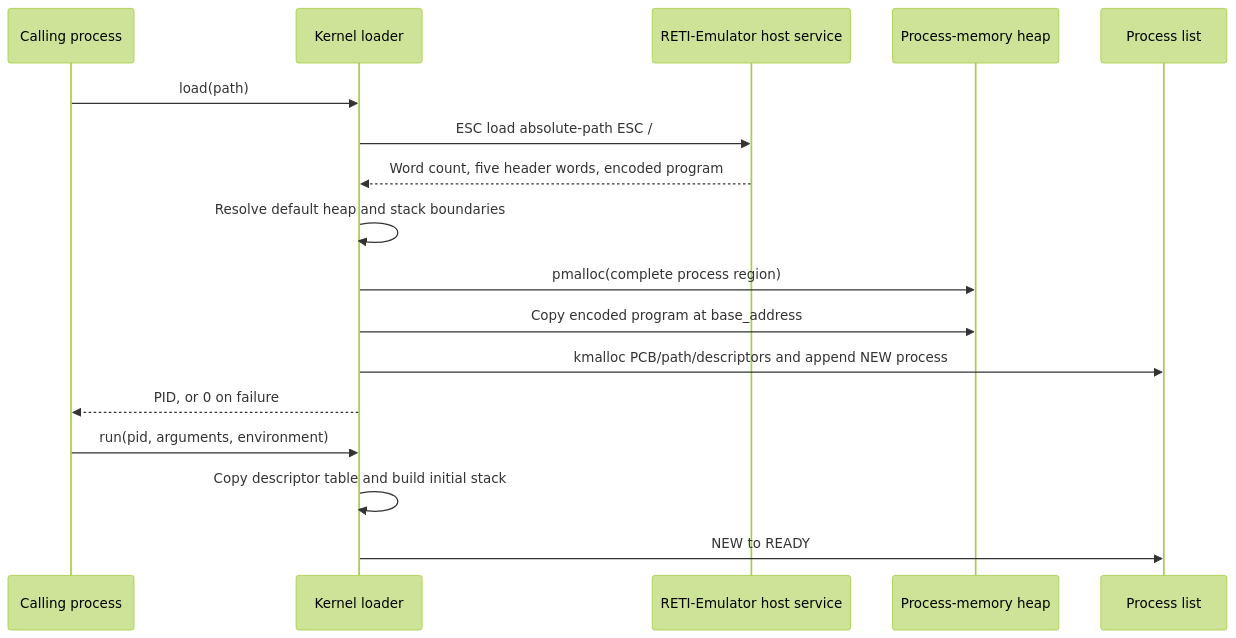
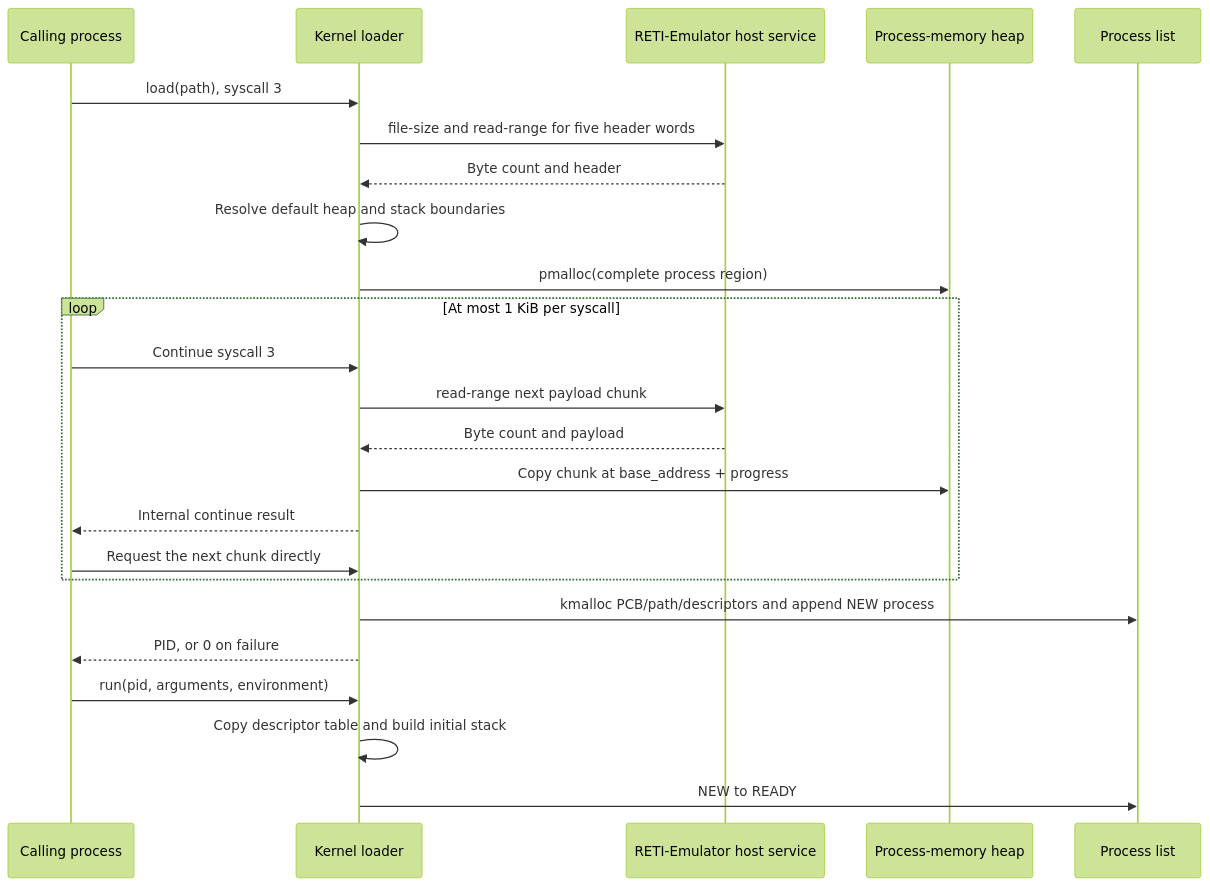
The seventh of 24 diagrams in README.md (matthejue/Pico-OS), drawn with Mermaid (forest theme) before and after one commit. The commit also changed other lines of this file and 32 other files, not shown here.

````diff
--- a/README.md
+++ b/README.md
@@ -1177,20 +1203,27 @@
 ```mermaid
 sequenceDiagram
     participant C as Calling process
     participant K as Kernel loader
     participant H as RETI-Emulator host service
     participant PM as Process-memory heap
     participant PT as Process list
 
-    C->>K: load(path)
-    K->>H: ESC load absolute-path ESC /
-    H-->>K: Word count, five header words, encoded program
+    C->>K: load(path), syscall 3
+    K->>H: file-size and read-range for five header words
+    H-->>K: Byte count and header
     K->>K: Resolve default heap and stack boundaries
     K->>PM: pmalloc(complete process region)
-    K->>PM: Copy encoded program at base_address
+    loop At most 1 KiB per syscall
+        C->>K: Continue syscall 3
+        K->>H: read-range next payload chunk
+        H-->>K: Byte count and payload
+        K->>PM: Copy chunk at base_address + progress
+        K-->>C: Internal continue result
+        C->>K: Request the next chunk directly
+    end
     K->>PT: kmalloc PCB/path/descriptors and append NEW process
     K-->>C: PID, or 0 on failure
     C->>K: run(pid, arguments, environment)
     K->>K: Copy descriptor table and build initial stack
     K->>PT: NEW to READY
 ```
````
